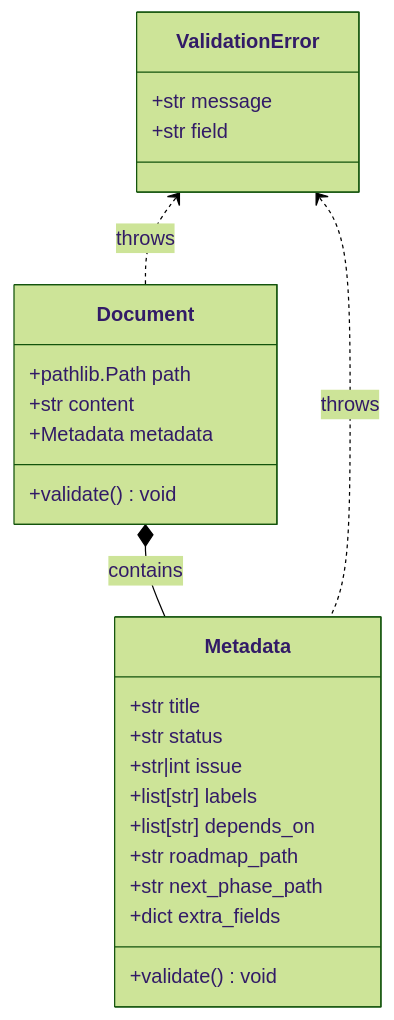
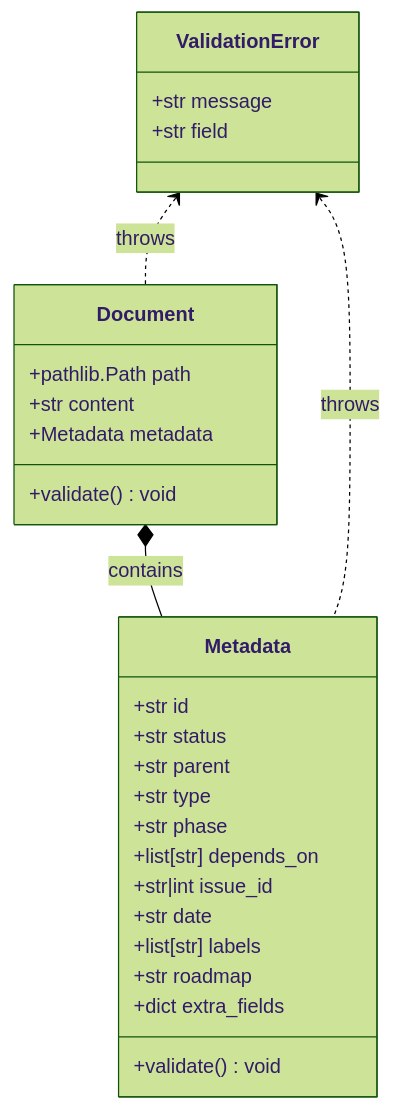
One commit to masa-codehub/issue_creator_kit changed the diagram in docs/specs/data/document_model.md. Above: the diagram before and after it, drawn with Mermaid (forest theme). The commit also changed other lines of this file and 1 other file, not shown here.

````diff
--- a/docs/specs/data/document_model.md
+++ b/docs/specs/data/document_model.md
@@ -16,28 +14,31 @@
 ```mermaid
 classDiagram
     class Document {
         +pathlib.Path path
         +str content
         +Metadata metadata
         +validate() void
     }
     class Metadata {
-        +str title
+        +str id
         +str status
-        +str|int issue
+        +str parent
+        +str type
+        +str phase
+        +list[str] depends_on
+        +str|int issue_id
+        +str date
         +list[str] labels
-        +list[str] depends_on
-        +str roadmap_path
-        +str next_phase_path
+        +str roadmap
         +dict extra_fields
         +validate() void
     }
     class ValidationError {
         +str message
         +str field
     }
 
     Document *-- Metadata : contains
     ValidationError <.. Document : throws
     ValidationError <.. Metadata : throws
 ```
````
